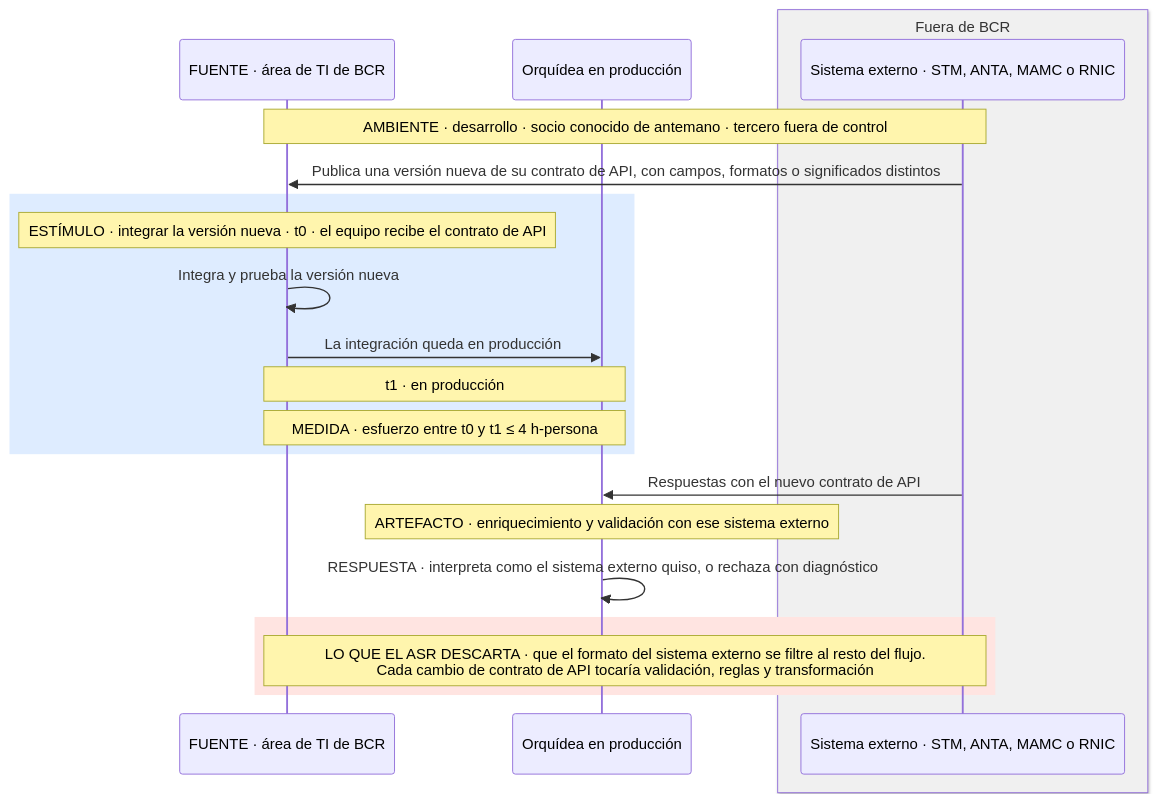
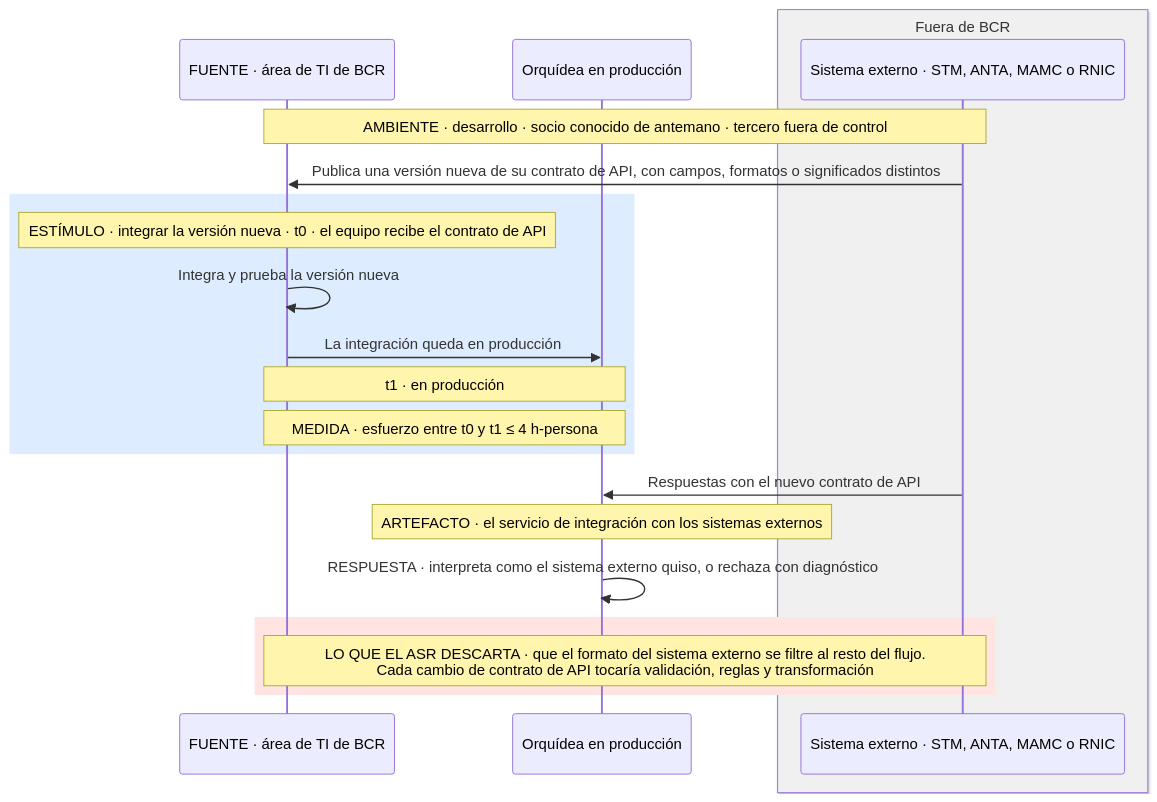
One commit to MATI-MBIT/arqsoft-reto-4 changed the seventh of 17 diagrams in docs/quality-attributes.md. Above: the diagram before and after it, drawn with Mermaid. The commit also changed other lines of this file and 3 other files, not shown here.

````diff
--- a/docs/quality-attributes.md
+++ b/docs/quality-attributes.md
@@ -400,23 +400,23 @@
 ```mermaid
 sequenceDiagram
     participant T as FUENTE · área de TI de BCR
     participant O as Orquídea en producción
     box rgb(240,240,240) Fuera de BCR
     participant N as Sistema externo · STM, ANTA, MAMC o RNIC
     end
     Note over T,N: AMBIENTE · desarrollo · socio conocido de antemano · tercero fuera de control
     N->>T: Publica una versión nueva de su contrato de API, con campos, formatos o significados distintos
     rect rgb(222, 236, 255)
     Note over T: ESTÍMULO · integrar la versión nueva · t0 · el equipo recibe el contrato de API
     T->>T: Integra y prueba la versión nueva
     T->>O: La integración queda en producción
     Note over T,O: t1 · en producción
     Note over T,O: MEDIDA · esfuerzo entre t0 y t1 ≤ 4 h-persona
     end
     N->>O: Respuestas con el nuevo contrato de API
-    Note over O: ARTEFACTO · enriquecimiento y validación con ese sistema externo
+    Note over O: ARTEFACTO · el servicio de integración con los sistemas externos
     O->>O: RESPUESTA · interpreta como el sistema externo quiso, o rechaza con diagnóstico
     rect rgb(255, 228, 225)
     Note over T,N: LO QUE EL ASR DESCARTA · que el formato del sistema externo se filtre al resto del flujo.<br/>Cada cambio de contrato de API tocaría validación, reglas y transformación
     end
 ```
````
